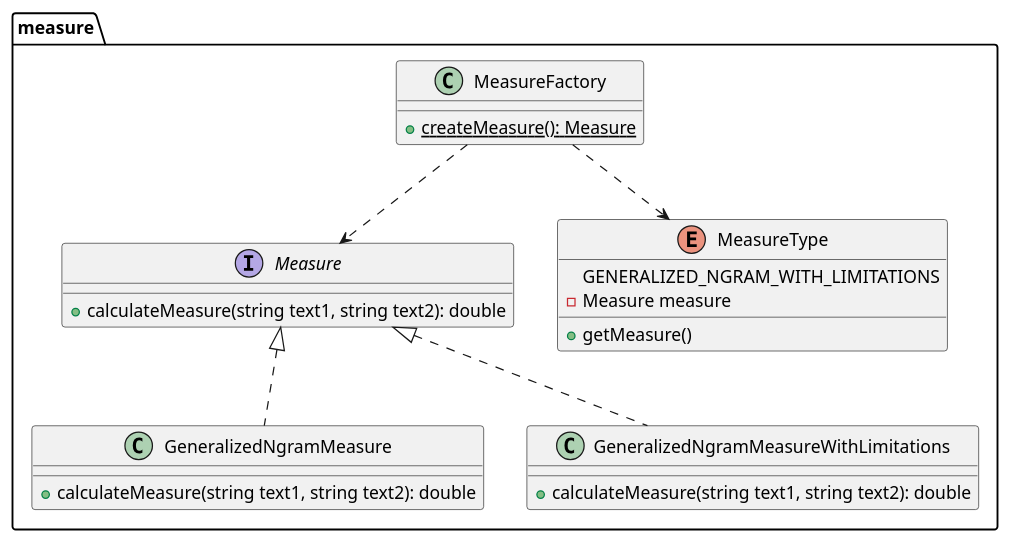
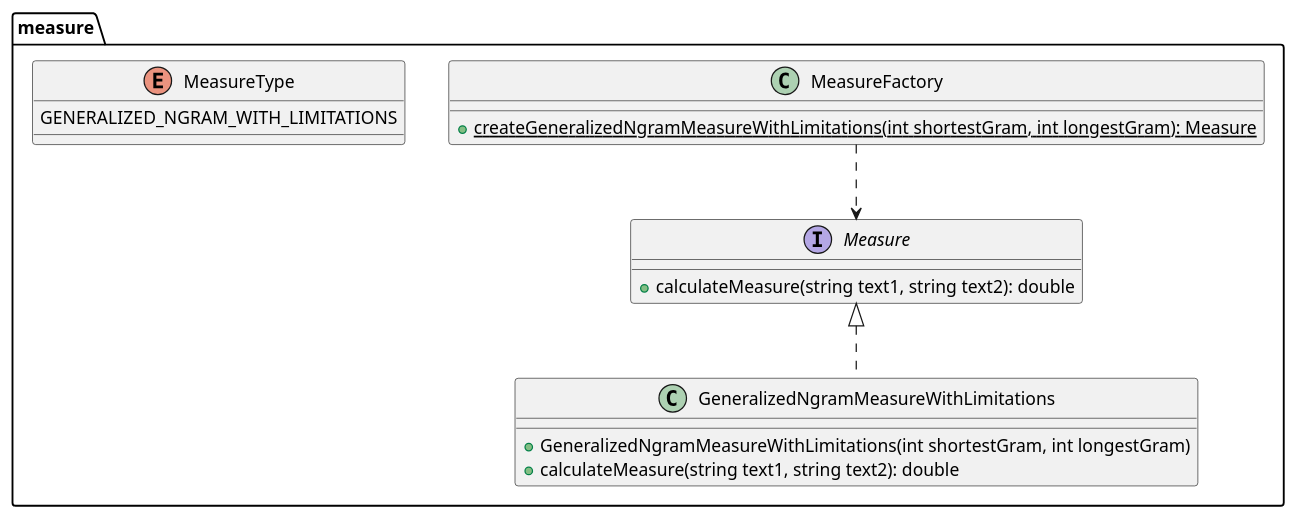
One commit to kambed/Computer-Recognition-Systems changed the sixth of 10 diagrams in README.md. Above: the diagram before and after it, drawn with PlantUML. The commit also changed other lines of this file, not shown here.

````diff
--- a/README.md
+++ b/README.md
@@ -283,24 +288,18 @@
 ```plantuml
 package measure {
     interface Measure {
         + calculateMeasure(string text1, string text2): double
     }
-    class GeneralizedNgramMeasure implements Measure {
+    class GeneralizedNgramMeasureWithLimitations implements Measure {
+        + GeneralizedNgramMeasureWithLimitations(int shortestGram, int longestGram)
         + calculateMeasure(string text1, string text2): double
     }
-    class GeneralizedNgramMeasureWithLimitations implements Measure {
-        + calculateMeasure(string text1, string text2): double
-    }
-    
     class MeasureFactory {
-        + {static} createMeasure(): Measure
+        + {static} createGeneralizedNgramMeasureWithLimitations(int shortestGram, int longestGram): Measure
     }
     MeasureFactory ..> Measure
-    MeasureFactory ..> MeasureType
     enum MeasureType {
         GENERALIZED_NGRAM_WITH_LIMITATIONS
-        - Measure measure
-        + getMeasure()
     }
 }
 ```
````
